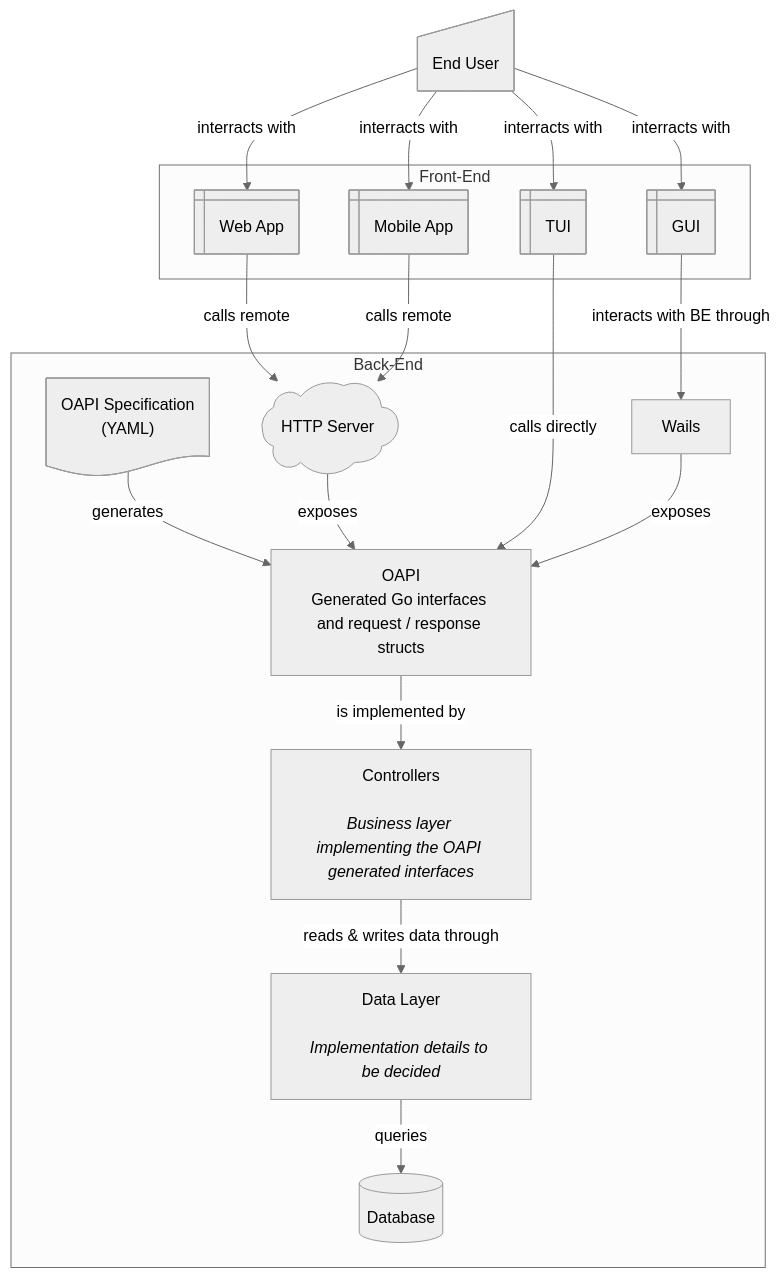
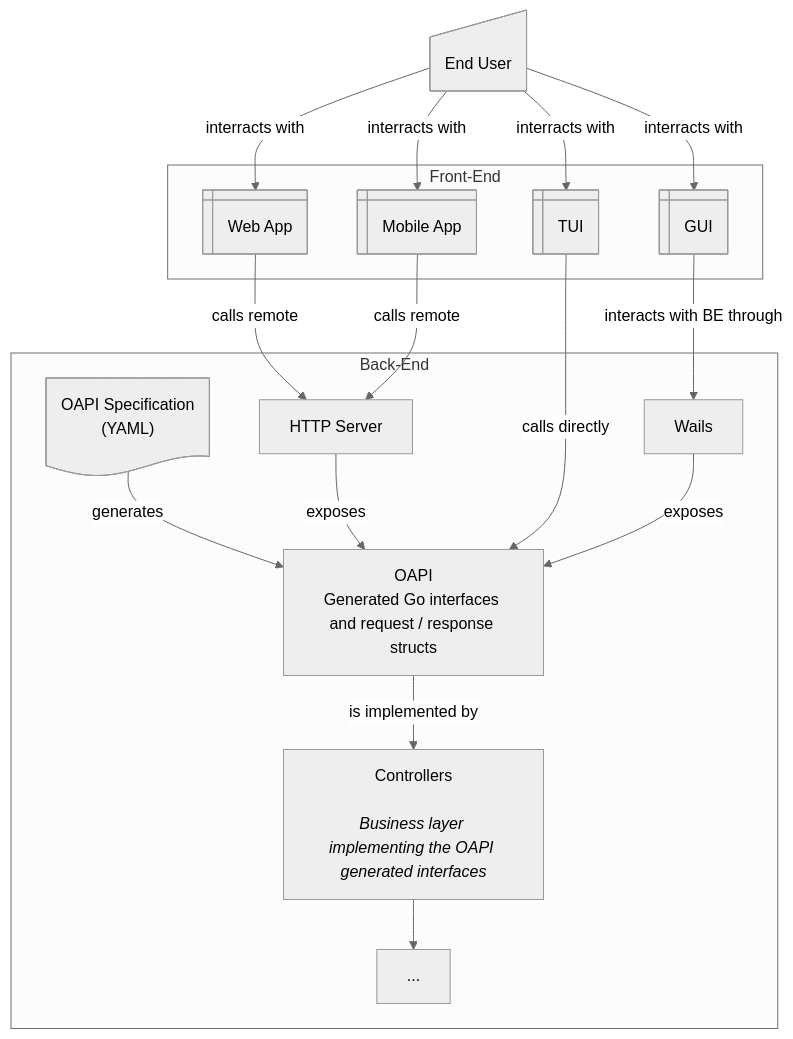
One commit to Adeynack/lapiasse changed the first of 2 diagrams in docs/architecture.md. Above: the diagram before and after it, drawn with Mermaid (neutral theme). The commit also changed other lines of this file and 18 other files, not shown here.

````diff
--- a/docs/architecture.md
+++ b/docs/architecture.md
@@ -7,44 +7,41 @@
 ```mermaid
 flowchart TD
 
 user@{"label": "End User", "shape": "manual-input"}
 
 subgraph "Front-End"
     tui@{"label": "TUI", "shape": "win-pane"}
     gui@{"label": "GUI", "shape": "win-pane"}
     web-app@{"label": "Web App", "shape": "win-pane"}
     mobile-app@{"label": "Mobile App", "shape": "win-pane"}
 end
 
 subgraph "Back-End"
     wails@{"label": "Wails"}
-    server@{"label":"HTTP Server", "shape": "cloud"}
+    server@{"label":"HTTP Server"}
     oapi-doc@{"label": "OAPI Specification<br>(YAML)", "shape": "document"}
     oapi-interface@{"label": "OAPI<br>Generated Go interfaces and request / response structs"}
     controllers@{"label": "Controllers<br><br>*Business layer implementing the OAPI generated interfaces*"}
-    data-layer@{"label": "Data Layer<br><br>*Implementation details to be decided*"}
-    db[("Database")]
+    downstream@{"label":"..."}
 end
 
 oapi-doc-->|generates|oapi-interface
 server-->|exposes|oapi-interface
 
 user-->|interracts with|tui
 user-->|interracts with|gui
 user-->|interracts with|web-app
 user-->|interracts with|mobile-app
 
 tui-->|calls directly|oapi-interface
 
 gui-->|interacts with BE through|wails
 wails-->|exposes|oapi-interface
 
 web-app-->|calls remote|server
 
 mobile-app-->|calls remote|server
 
 oapi-interface-->|is implemented by|controllers
-
-controllers-->|reads & writes data through|data-layer
-data-layer-->|queries|db
+controllers-->downstream
 ```
````
